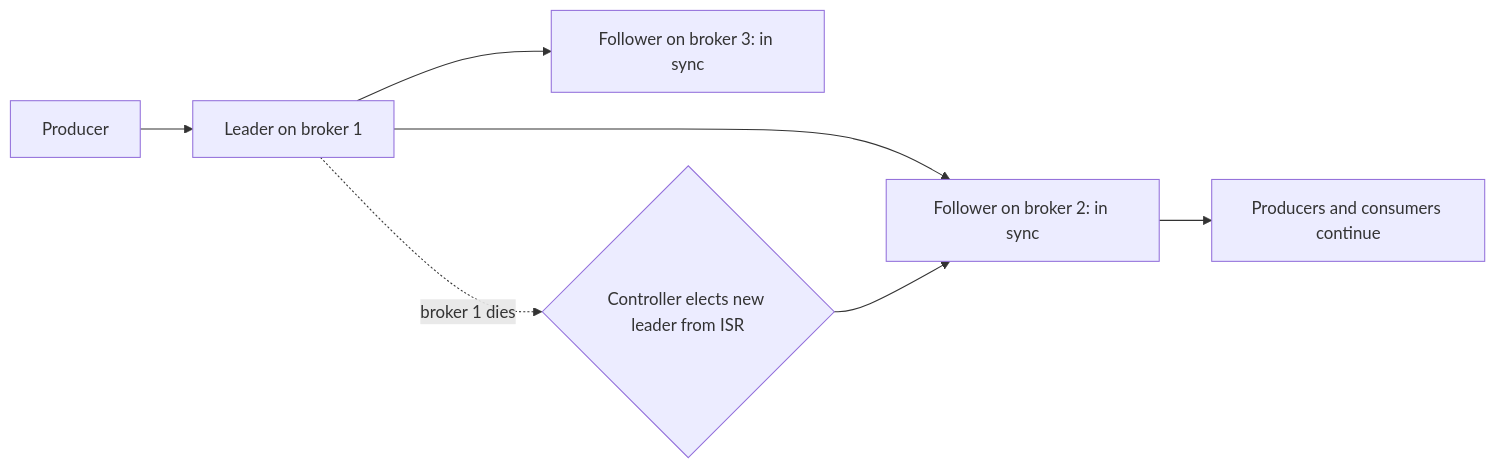
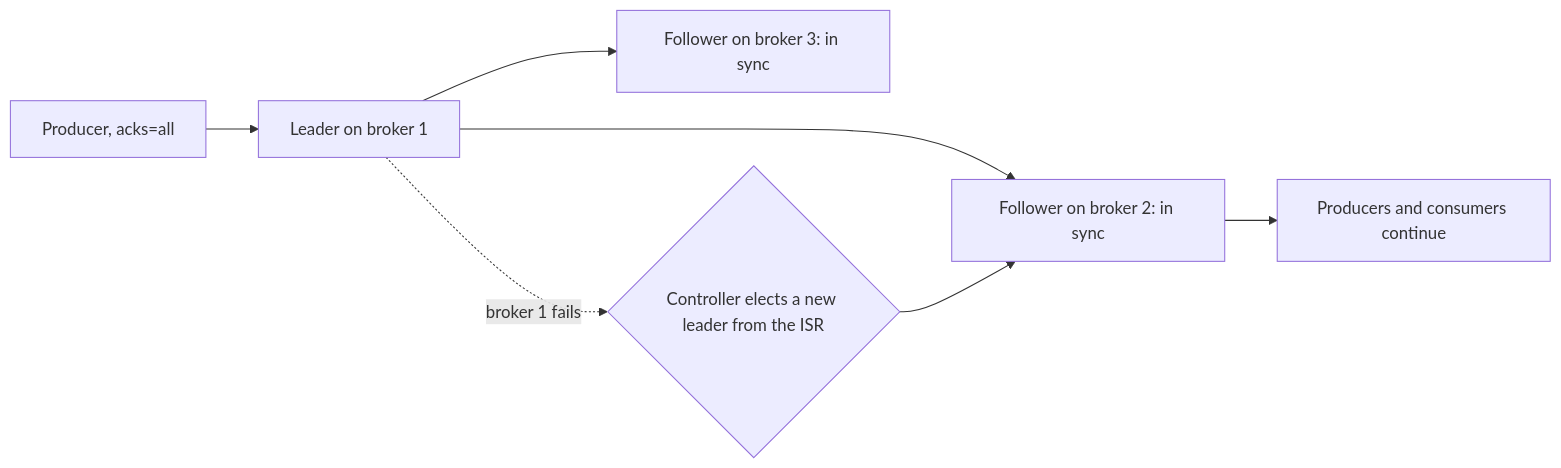
Before and after one commit to jubin-techwiz/learning: the second of 2 diagrams in notes/02-messaging/02-kafka/06-brokers-replication-leader-election.md, drawn with Mermaid. The commit also changed other lines of this file and 37 other files, not shown here.

````diff
--- a/notes/02-messaging/02-kafka/06-brokers-replication-leader-election.md
+++ b/notes/02-messaging/02-kafka/06-brokers-replication-leader-election.md
@@ -40,9 +71,9 @@
 ```mermaid
 flowchart LR
-    P[Producer] --> L[Leader on broker 1]
+    P[Producer, acks=all] --> L[Leader on broker 1]
     L --> F1[Follower on broker 2: in sync]
     L --> F2[Follower on broker 3: in sync]
-    L -.->|broker 1 dies| E{Controller elects new leader from ISR}
+    L -.->|broker 1 fails| E{Controller elects a new leader from the ISR}
     E --> F1
     F1 --> C[Producers and consumers continue]
 ```
````
